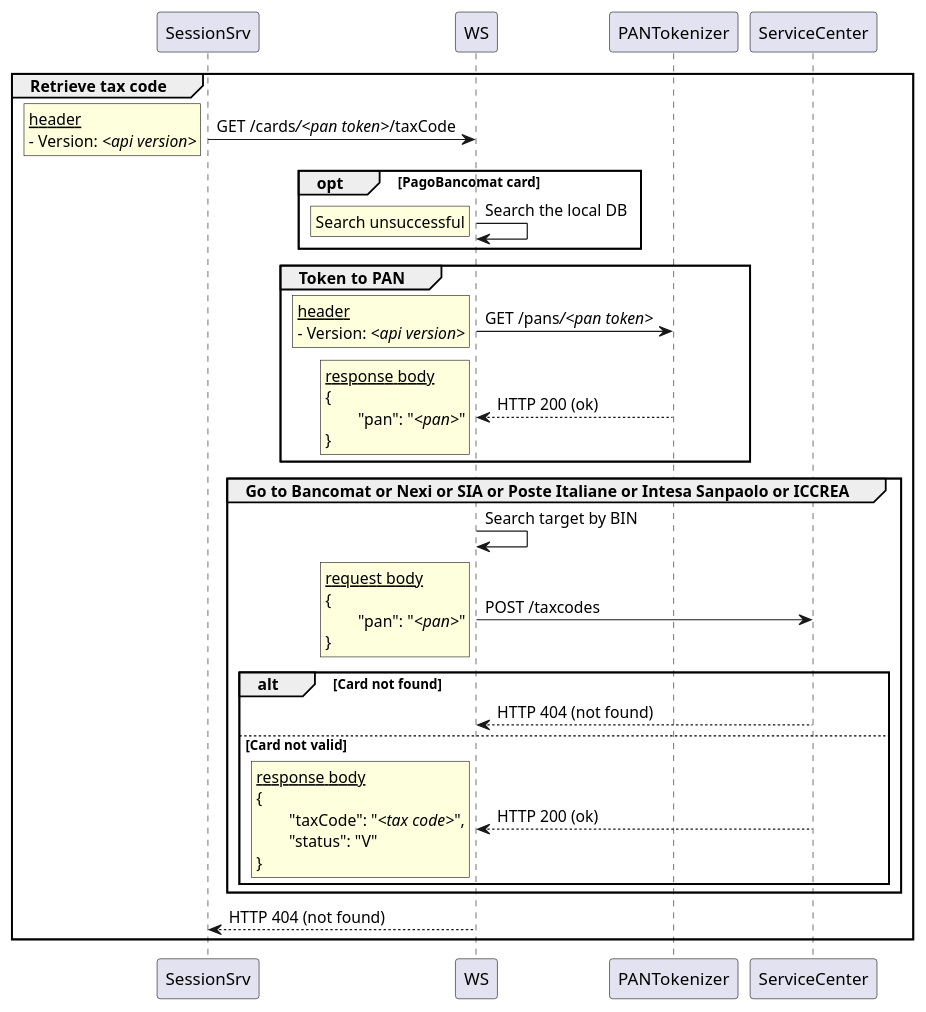
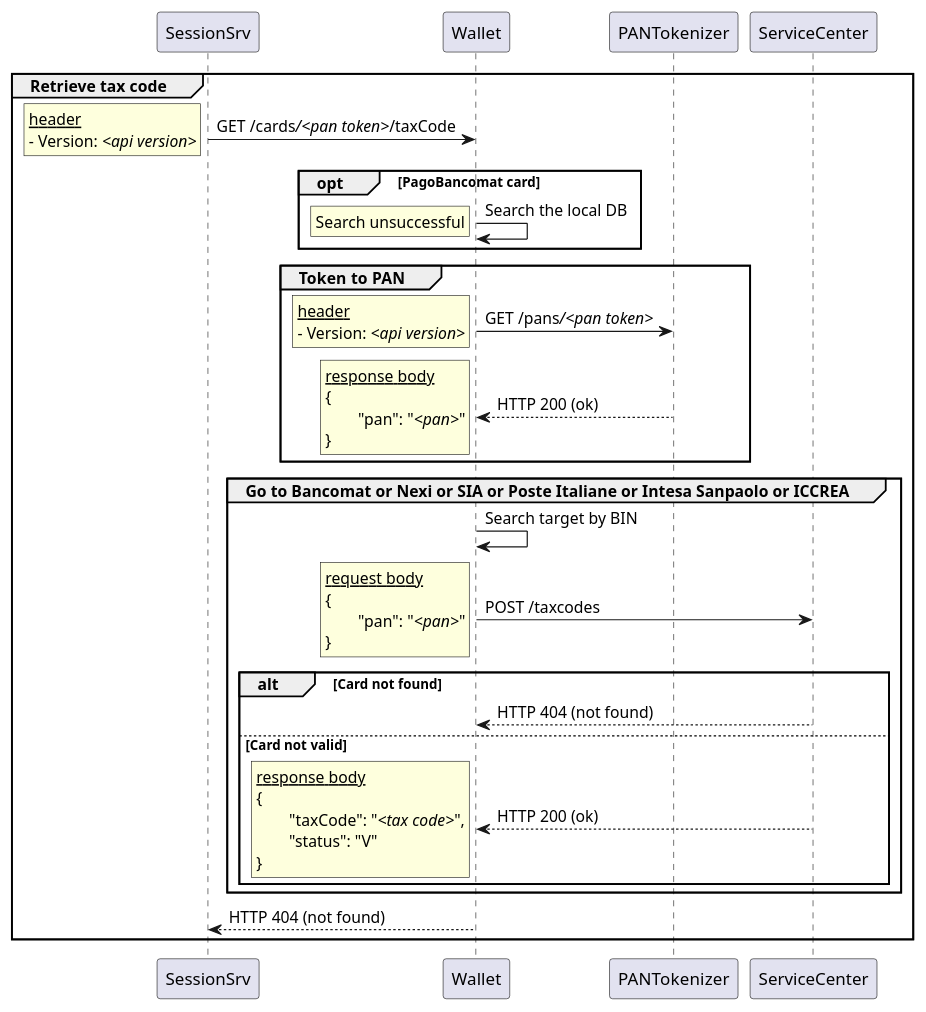
The diagram in puml/session/retrieve_tax_code__go_to_scheme__not_found.puml (antoniotarricone/mil-apis), drawn with PlantUML before and after one commit. The commit also changed 6 other files, not shown here.

```diff
--- a/puml/session/retrieve_tax_code__go_to_scheme__not_found.puml
+++ b/puml/session/retrieve_tax_code__go_to_scheme__not_found.puml
@@ -1,56 +1,56 @@
 group Retrieve tax code
-	SessionSrv -> WS : GET /cards///<pan token>///taxCode
+	SessionSrv -> Wallet : GET /cards///<pan token>///taxCode
 		rnote left
 			__header__
 			- Version: //<api version>//
 		end note
 		
 	opt PagoBancomat card
-		WS -> WS : Search the local DB
+		Wallet -> Wallet : Search the local DB
 			rnote left
 				Search unsuccessful
 			end note
 	end
 		
 	group Token to PAN
-		WS -> PANTokenizer : GET /pans///<pan token>//
+		Wallet -> PANTokenizer : GET /pans///<pan token>//
 			rnote left
 				__header__
 				- Version: //<api version>//
 			end note
 		
-		PANTokenizer --> WS : HTTP 200 (ok)
+		PANTokenizer --> Wallet : HTTP 200 (ok)
 			rnote left
 				__response body__
 				{
 					"pan": "//<pan>//"
 				}
 			end note
 	end
 		
 	group Go to Bancomat or Nexi or SIA or Poste Italiane or Intesa Sanpaolo or ICCREA
-		WS -> WS : Search target by BIN
+		Wallet -> Wallet : Search target by BIN
 	
-		WS -> ServiceCenter : POST /taxcodes
+		Wallet -> ServiceCenter : POST /taxcodes
 			rnote left
 				__request body__
 				{
 					"pan": "//<pan>//"
 				}
 			end note
 		alt Card not found
-		    ServiceCenter --> WS : HTTP 404 (not found)
+		    ServiceCenter --> Wallet : HTTP 404 (not found)
 		else Card not valid
-		    ServiceCenter --> WS : HTTP 200 (ok)
+		    ServiceCenter --> Wallet : HTTP 200 (ok)
         		rnote left
         			__response body__
         			{
         				"taxCode": "//<tax code>//",
         				"status": "V"
         			}
         		end note
         end
 	end
 		
-	WS --> SessionSrv : HTTP 404 (not found)
+	Wallet --> SessionSrv : HTTP 404 (not found)
 end
```
